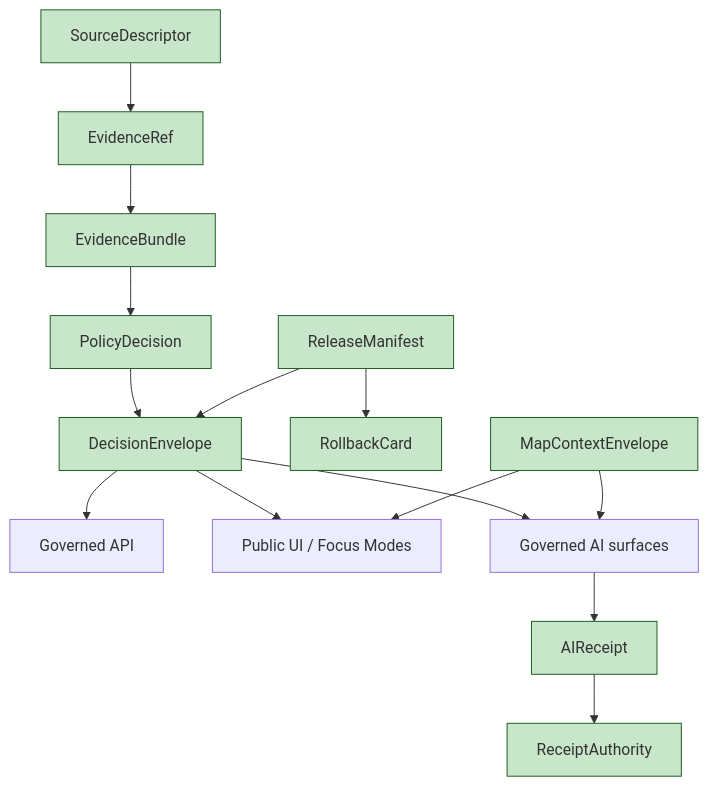
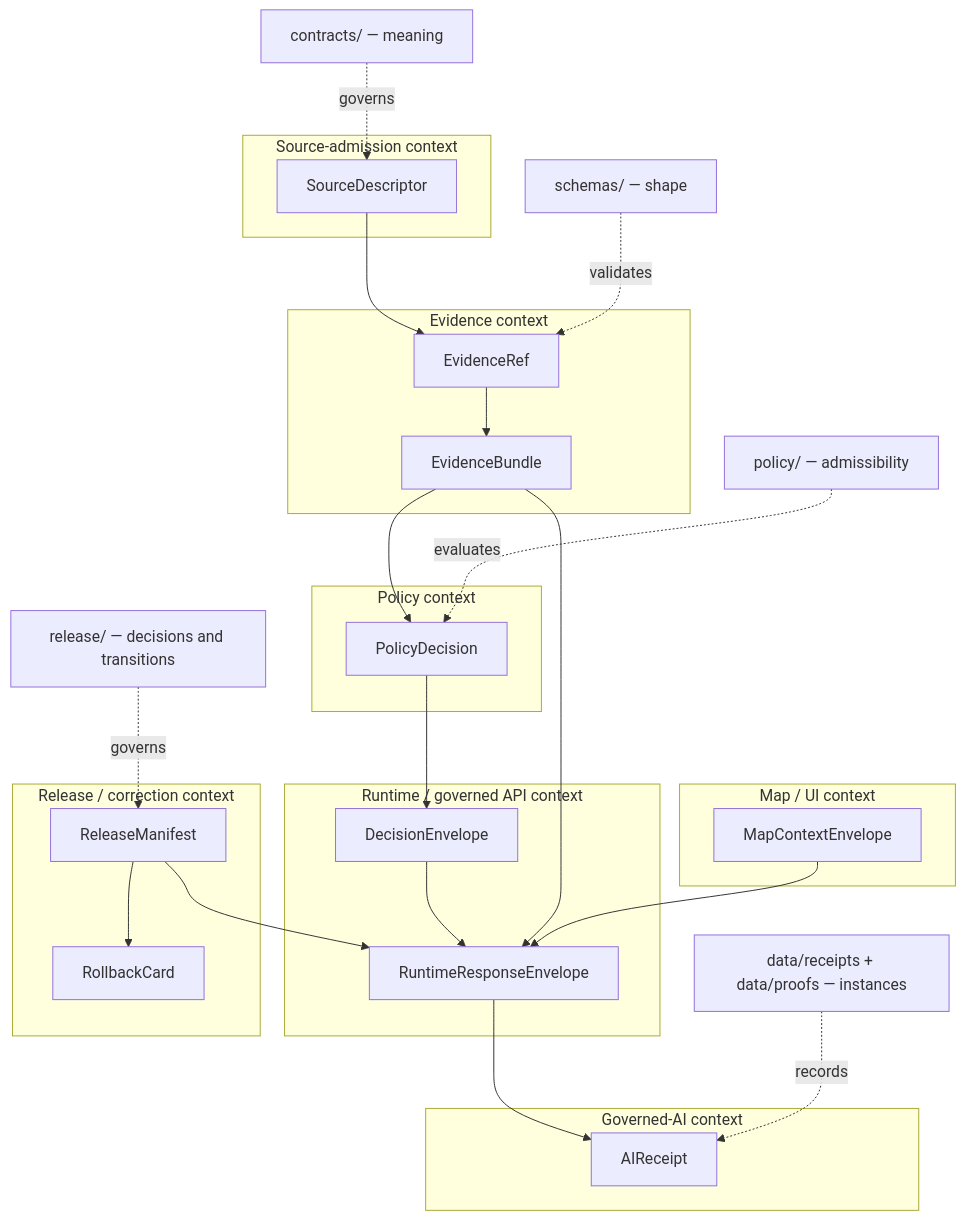
One commit to bartytime4life/Kansas-Frontier-Matrix changed the diagram in docs/architecture/cross-domain/shared-kernel.md. Above: the diagram before and after it, drawn with Mermaid. The commit also changed other lines of this file, not shown here.

Commit message:
docs(cross-domain): ground shared-kernel architecture

````diff
--- a/docs/architecture/cross-domain/shared-kernel.md
+++ b/docs/architecture/cross-domain/shared-kernel.md
@@ -228,18 +513,50 @@
 ```mermaid
 flowchart TB
-  SD["SourceDescriptor"] --> ER["EvidenceRef"]
-  ER --> EB["EvidenceBundle"]
-  EB --> PD["PolicyDecision"]
-  PD --> DE["DecisionEnvelope"]
-  DE --> API["Governed API"]
-  DE --> UI["Public UI / Focus Modes"]
-  DE --> AI["Governed AI surfaces"]
-  AI --> AR["AIReceipt"]
-  AR --> RA["ReceiptAuthority"]
-  RM["ReleaseManifest"] --> DE
-  RM --> RC["RollbackCard"]
-  MCE["MapContextEnvelope"] --> UI
-  MCE --> AI
-  classDef k fill:#c8e6c9,stroke:#1b5e20;
-  class SD,ER,EB,PD,DE,AR,RA,RM,RC,MCE k;
+  subgraph SOURCE["Source-admission context"]
+    SD["SourceDescriptor"]
+  end
+
+  subgraph EVIDENCE["Evidence context"]
+    ER["EvidenceRef"]
+    EB["EvidenceBundle"]
+    ER --> EB
+  end
+
+  subgraph POLICY["Policy context"]
+    PD["PolicyDecision"]
+  end
+
+  subgraph RUNTIME["Runtime / governed API context"]
+    DE["DecisionEnvelope"]
+    RRE["RuntimeResponseEnvelope"]
+    DE --> RRE
+  end
+
+  subgraph AI["Governed-AI context"]
+    AR["AIReceipt"]
+  end
+
+  subgraph UI["Map / UI context"]
+    MCE["MapContextEnvelope"]
+  end
+
+  subgraph RELEASE["Release / correction context"]
+    RM["ReleaseManifest"]
+    RC["RollbackCard"]
+    RM --> RC
+  end
+
+  SD --> ER
+  EB --> PD
+  PD --> DE
+  EB --> RRE
+  RM --> RRE
+  MCE --> RRE
+  RRE --> AR
+
+  CONTRACTS["contracts/ — meaning"] -. governs .-> SD
+  SCHEMAS["schemas/ — shape"] -. validates .-> ER
+  POLICIES["policy/ — admissibility"] -. evaluates .-> PD
+  ACCOUNTABILITY["data/receipts + data/proofs — instances"] -. records .-> AR
+  RELEASE_ROOT["release/ — decisions and transitions"] -. governs .-> RM
 ```
````
